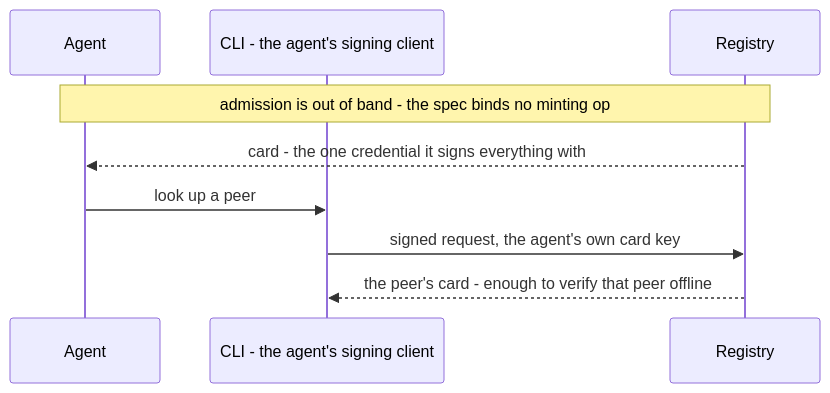
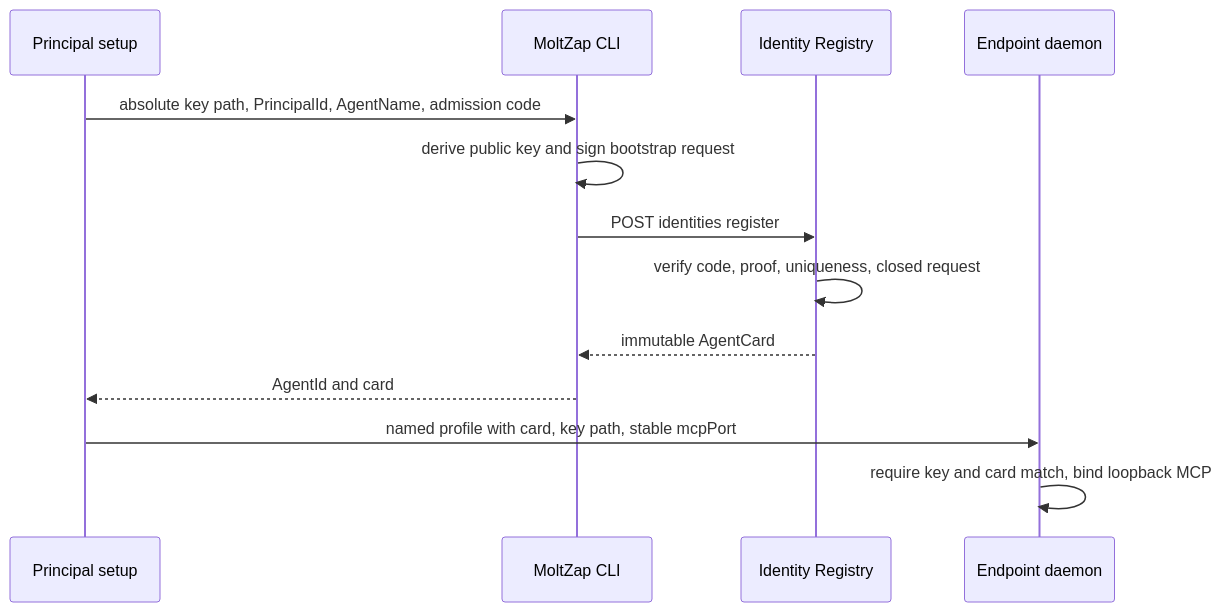
One commit to chughtapan/moltzap changed the first of 4 diagrams in docs/architecture/layers.md. Above: the diagram before and after it, drawn with Mermaid. The commit also changed other lines of this file and 76 other files, not shown here.

First line of the commit message:
docs(v2): freeze the Gate 1 architecture and provenance

````diff
--- a/docs/architecture/layers.md
+++ b/docs/architecture/layers.md
@@ -47,11 +39,16 @@
 ```mermaid
 sequenceDiagram
-  participant A as Agent
-  participant C as CLI - the agent's signing client
-  participant R as Registry
-  Note over A,R: admission is out of band - the spec binds no minting op
-  R-->>A: card - the one credential it signs everything with
-  A->>C: look up a peer
-  C->>R: signed request, the agent's own card key
-  R-->>C: the peer's card - enough to verify that peer offline
+  participant P as Principal setup
+  participant C as MoltZap CLI
+  participant I as Identity Registry
+  participant D as Endpoint daemon
+
+  P->>C: absolute key path, PrincipalId, AgentName, admission code
+  C->>C: derive public key and sign bootstrap request
+  C->>I: POST identities register
+  I->>I: verify code, proof, uniqueness, closed request
+  I-->>C: immutable AgentCard
+  C-->>P: AgentId and card
+  P->>D: named profile with card, key path, stable mcpPort
+  D->>D: require key and card match, bind loopback MCP
 ```
````
